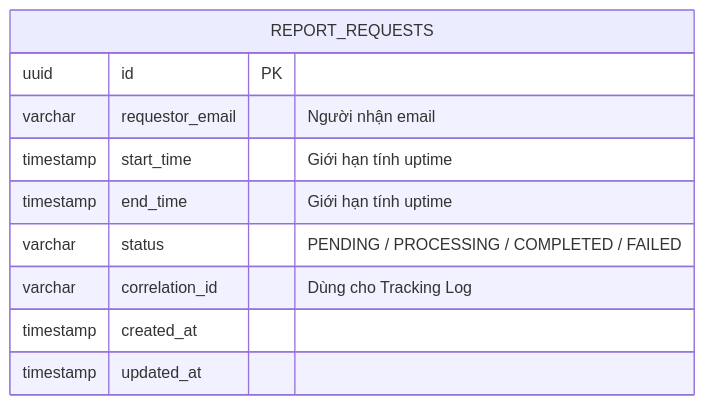
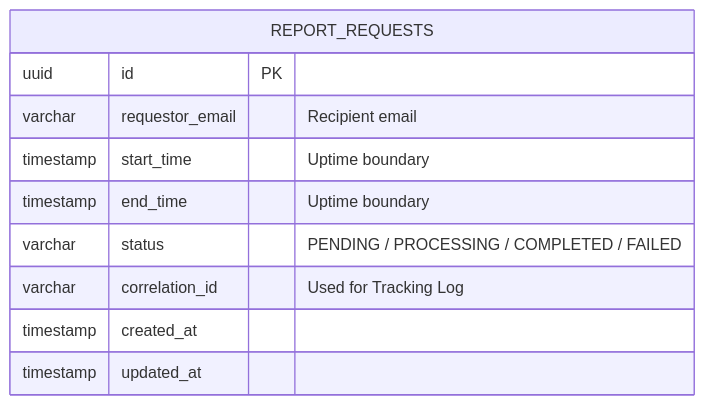
The third of 4 diagrams in docs/ARCHITECTURE.md (dinhdat07/server-management-service), drawn with Mermaid before and after one commit. The commit also changed other lines of this file and 16 other files, not shown here.

````diff
--- a/docs/ARCHITECTURE.md
+++ b/docs/ARCHITECTURE.md
@@ -325,13 +309,13 @@
 ```mermaid
 erDiagram
     REPORT_REQUESTS {
         uuid id PK
-        varchar requestor_email "Người nhận email"
-        timestamp start_time "Giới hạn tính uptime"
-        timestamp end_time "Giới hạn tính uptime"
+        varchar requestor_email "Recipient email"
+        timestamp start_time "Uptime boundary"
+        timestamp end_time "Uptime boundary"
         varchar status "PENDING / PROCESSING / COMPLETED / FAILED"
-        varchar correlation_id "Dùng cho Tracking Log"
+        varchar correlation_id "Used for Tracking Log"
         timestamp created_at
         timestamp updated_at
     }
 ```
````
